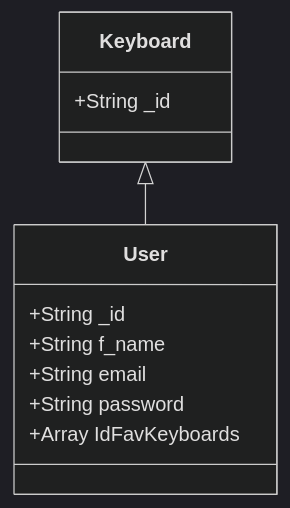
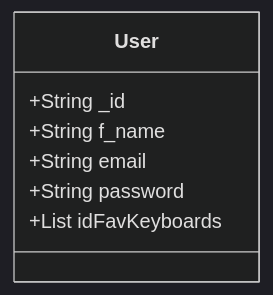
The first of 2 diagrams in docs/user.md (Vlastrix/keytastic_backend), drawn with Mermaid (dark theme) before and after one commit. The commit also changed other lines of this file, not shown here.

Commit message:
update docs for user.md

````diff
--- a/docs/user.md
+++ b/docs/user.md
@@ -1,16 +2,10 @@
 ```mermaid
 classDiagram
-    class Keyboard {
-        +String _id  
-    }
-
-    Keyboard <|-- User
-
     class User {
         +String _id  
         +String f_name
         +String email
         +String password
-        +Array IdFavKeyboards
+        +List<String> idFavKeyboards
     }
 ```
````
